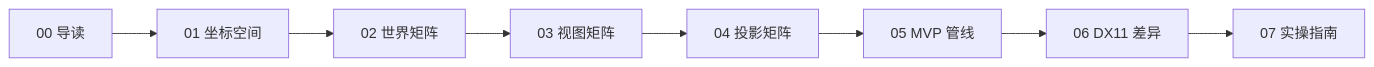
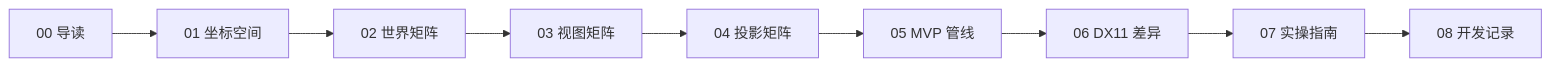
The diagram in docs/README.md (LoveCicada/DX11-Study), drawn with Mermaid before and after one commit. The commit also changed other lines of this file and 12 other files, not shown here.

````diff
--- a/docs/README.md
+++ b/docs/README.md
@@ -7,10 +7,11 @@
 ```mermaid
 flowchart LR
   intro[00 导读] --> spaces[01 坐标空间]
   spaces --> world[02 世界矩阵]
   world --> view[03 视图矩阵]
   view --> proj[04 投影矩阵]
   proj --> mvp[05 MVP 管线]
   mvp --> dx11[06 DX11 差异]
   dx11 --> practice[07 实操指南]
+  practice --> devlog[08 开发记录]
 ```
````
